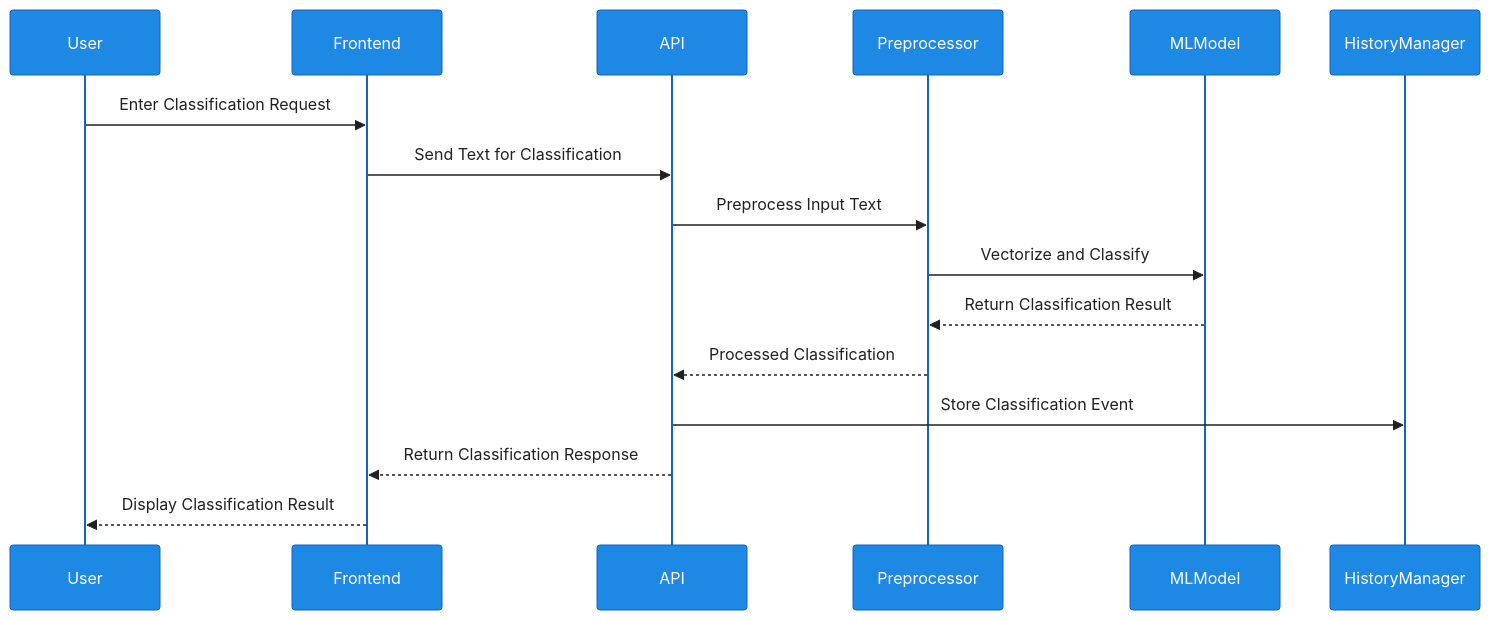
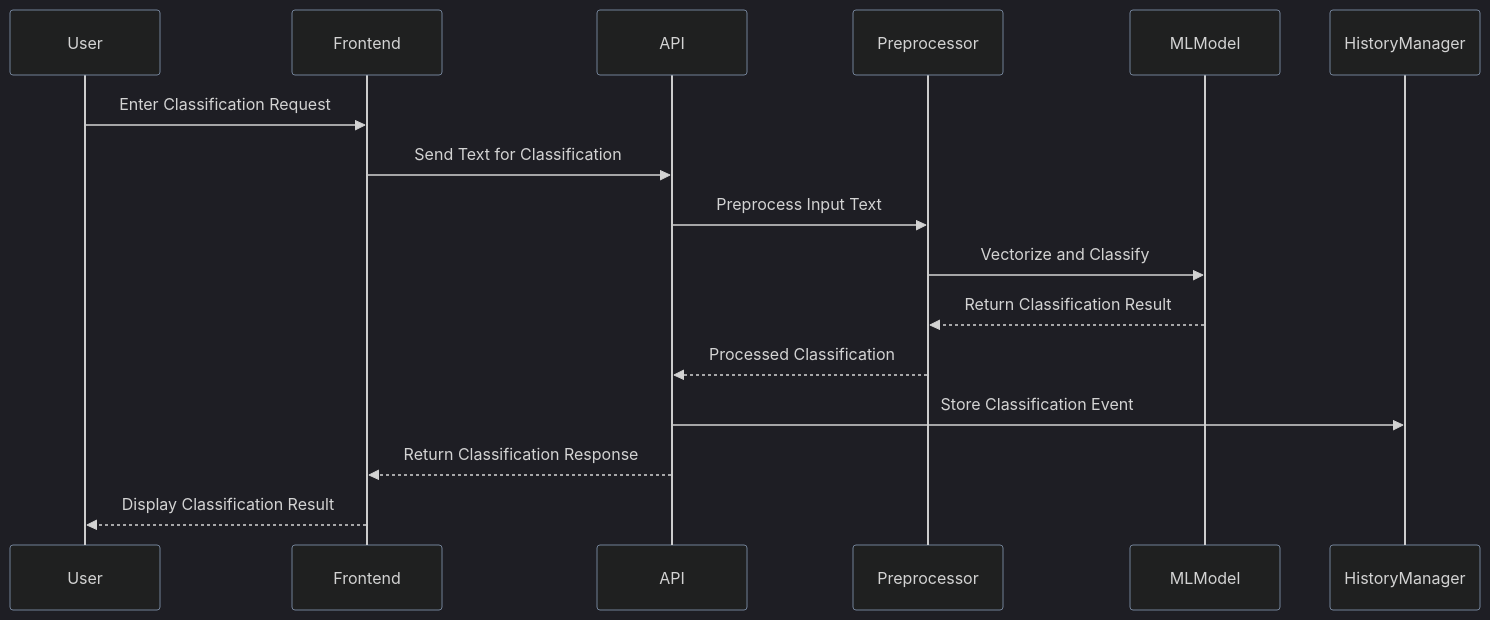
Before and after one commit to ogshivam/spambae: the third of 3 diagrams in README.md, drawn with Mermaid. The commit also changed other lines of this file, not shown here.

First line of the commit message:
style: update Mermaid diagrams with dark theme

````diff
--- a/README.md
+++ b/README.md
@@ -161,20 +161,20 @@
 ```mermaid
-%%{init: {'theme': 'base', 'themeVariables': { 'fontFamily': 'Courier New', 'fontSize': '16px', 'fontWeight': 'bold', 'primaryColor': '#1e88e5', 'primaryTextColor': '#ffffff', 'primaryBorderColor': '#1565c0', 'lineColor': '#1565c0', 'textColor': '#212121', 'actorBorder': '#1565c0', 'actorBackground': '#bbdefb', 'noteBorderColor': '#f57c00', 'noteBackground': '#fff3e0'}}}%%
+%%{init: {'theme': 'dark', 'themeVariables': { 'fontFamily': 'Courier New', 'fontSize': '16px', 'fontWeight': 'bold', 'textColor': '#fff', 'actorBorder': '#718096', 'actorBackground': '#4A5568', 'noteBorderColor': '#4299E1', 'noteBackground': '#1A365D'}}}%%
 sequenceDiagram
     participant User
     participant Frontend
     participant API
     participant Preprocessor
     participant MLModel
     participant HistoryManager
 
     User->>Frontend: Enter Classification Request
     Frontend->>API: Send Text for Classification
     API->>Preprocessor: Preprocess Input Text
     Preprocessor->>MLModel: Vectorize and Classify
     MLModel-->>Preprocessor: Return Classification Result
     Preprocessor-->>API: Processed Classification
     API->>HistoryManager: Store Classification Event
     API-->>Frontend: Return Classification Response
     Frontend-->>User: Display Classification Result
 ```
````
